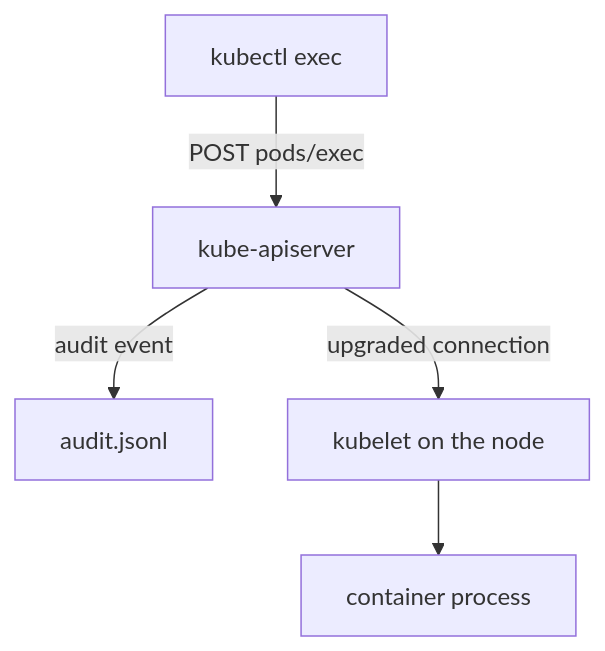
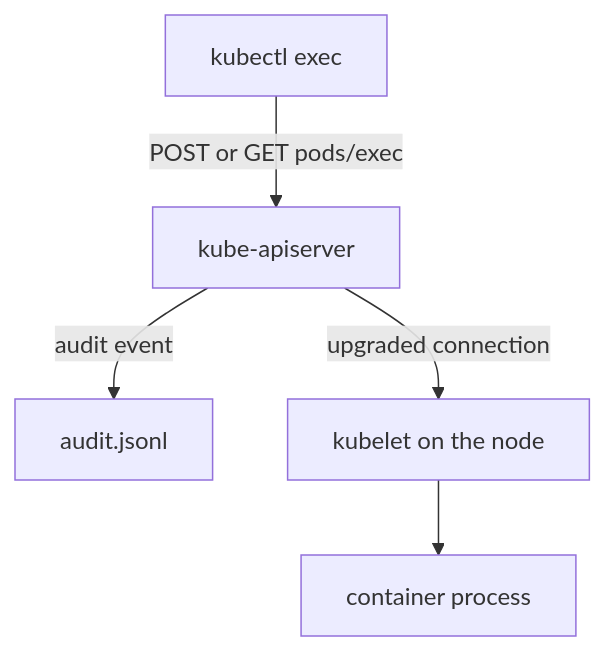
The diagram in sections/section-010/module-03/course-01-exec-and-port-forward-in-the-audit-log.md (astrona-io/ATS036), drawn with Mermaid before and after one commit. The commit also changed other lines of this file and 39 other files, not shown here.

````diff
--- a/sections/section-010/module-03/course-01-exec-and-port-forward-in-the-audit-log.md
+++ b/sections/section-010/module-03/course-01-exec-and-port-forward-in-the-audit-log.md
@@ -70,7 +70,7 @@
 ```mermaid
 flowchart TB
-    K["kubectl exec"] -->|"POST pods/exec"| A["kube-apiserver"]
+    K["kubectl exec"] -->|"POST or GET pods/exec"| A["kube-apiserver"]
     A -->|"audit event"| L["audit.jsonl"]
     A -->|"upgraded connection"| N["kubelet on the node"]
     N --> C["container process"]
 ```
````
